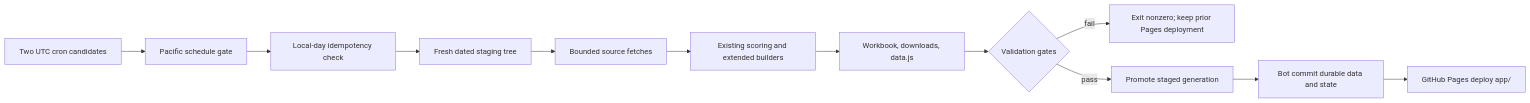
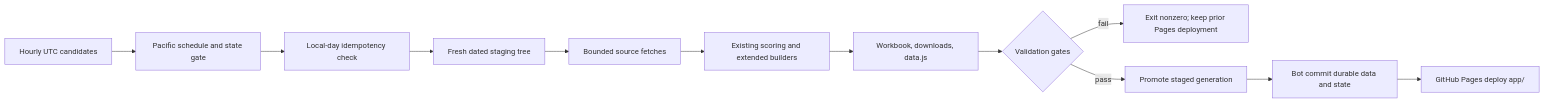
The diagram in docs/DAILY_REFRESH.md (digitalnumbers/socal-fishing-dashboard), drawn with Mermaid before and after one commit. The commit also changed other lines of this file and 2 other files, not shown here.

````diff
--- a/docs/DAILY_REFRESH.md
+++ b/docs/DAILY_REFRESH.md
@@ -7,14 +7,14 @@
 ```mermaid
 flowchart LR
-  A[Two UTC cron candidates] --> B[Pacific schedule gate]
+  A[Hourly UTC candidates] --> B[Pacific schedule and state gate]
   B --> C[Local-day idempotency check]
   C --> D[Fresh dated staging tree]
   D --> E[Bounded source fetches]
   E --> F[Existing scoring and extended builders]
   F --> G[Workbook, downloads, data.js]
   G --> H{Validation gates}
   H -- fail --> I[Exit nonzero; keep prior Pages deployment]
   H -- pass --> J[Promote staged generation]
   J --> K[Bot commit durable data and state]
   K --> L[GitHub Pages deploy app/]
 ```
````
